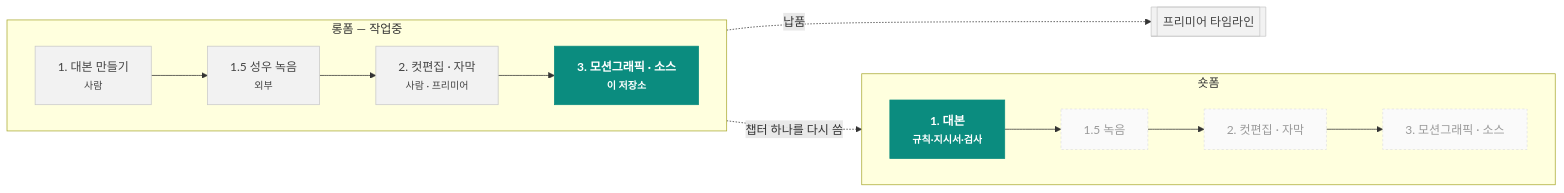
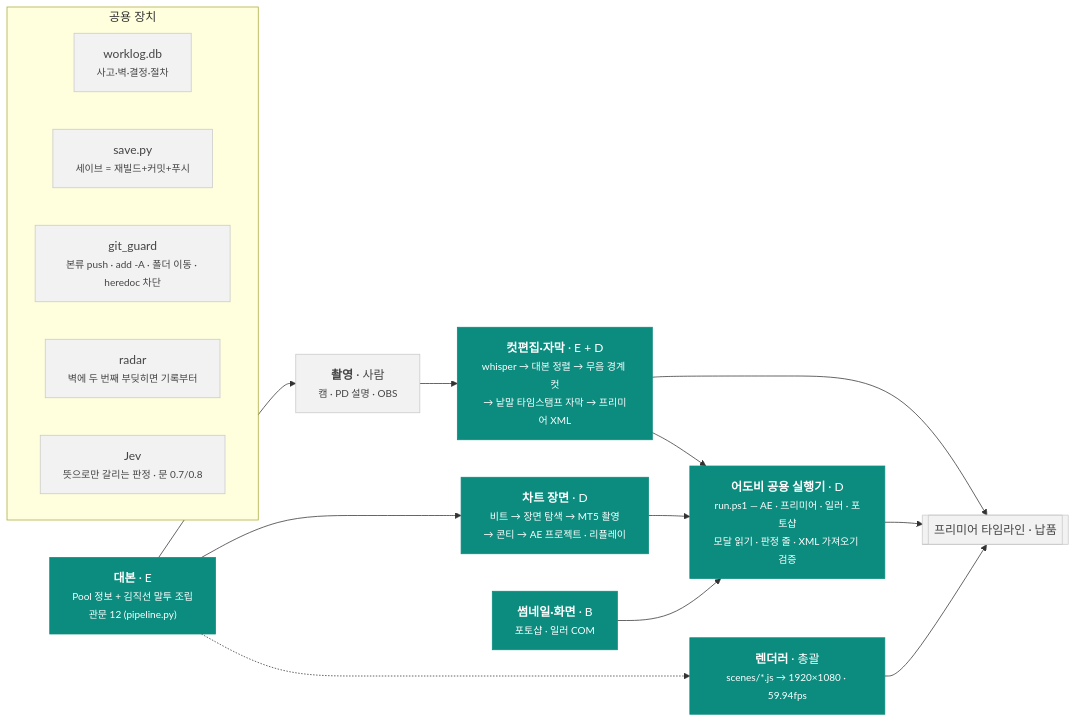
The diagram in README.md (boyjustin76/AC-Stock-), drawn with Mermaid before and after one commit. The commit also changed other lines of this file and 6 other files, not shown here.

Commit message:
세이브 save/2026-10-03-1714 — README·CLAUDE.md 전면 개정 — 세션 넷 체계 첫 화면(지금·누가·어떻게·뚫은 벽·장치), pipeline_stage·workflow 9·session 갱신, clone unshallow(커밋 629)

````diff
--- a/README.md
+++ b/README.md
@@ -16,24 +44,28 @@
 ```mermaid
 flowchart LR
-  subgraph L ["롱폼 — 작업중"]
+  S["<b>대본</b> · E<br/><small>Pool 정보 + 김직선 말투 조립<br/>관문 12 (pipeline.py)</small>"]
+  R["<b>촬영</b> · 사람<br/><small>캠 · PD 설명 · OBS</small>"]
+  C["<b>컷편집·자막</b> · E + D<br/><small>whisper → 대본 정렬 → 무음 경계 컷<br/>→ 낱말 타임스탬프 자막 → 프리미어 XML</small>"]
+  M["<b>차트 장면</b> · D<br/><small>비트 → 장면 탐색 → MT5 촬영<br/>→ 콘티 → AE 프로젝트 · 리플레이</small>"]
+  V["<b>렌더러</b> · 총괄<br/><small>scenes/*.js → 1920×1080 · 59.94fps</small>"]
+  T["<b>썸네일·화면</b> · B<br/><small>포토샵 · 일러 COM</small>"]
+  A["<b>어도비 공용 실행기</b> · D<br/><small>run.ps1 — AE · 프리미어 · 일러 · 포토샵<br/>모달 읽기 · 판정 줄 · XML 가져오기 검증</small>"]
+  P[["프리미어 타임라인 · 납품"]]
+  S --> R --> C --> P
+  S --> M --> A --> P
+  S -.-> V --> P
+  T --> A
+  C --> A
+  subgraph G ["공용 장치"]
     direction LR
-    L1["1. 대본 만들기<br/><small>사람</small>"]
-    L15["1.5 성우 녹음<br/><small>외부</small>"]
-    L2["2. 컷편집 · 자막<br/><small>사람 · 프리미어</small>"]
-    L3["<b>3. 모션그래픽 · 소스</b><br/><small>이 저장소</small>"]
-    L1 --> L15 --> L2 --> L3
+    G1["worklog.db<br/><small>사고·벽·결정·절차</small>"]
+    G2["save.py<br/><small>세이브 = 재빌드+커밋+푸시</small>"]
+    G3["git_guard<br/><small>본류 push · add -A · 폴더 이동 · heredoc 차단</small>"]
+    G4["radar<br/><small>벽에 두 번째 부딪히면 기록부터</small>"]
+    G5["Jev<br/><small>뜻으로만 갈리는 판정 · 문 0.7/0.8</small>"]
   end
-  subgraph S ["숏폼"]
-    direction LR
-    S1["<b>1. 대본</b><br/><small>규칙·지시서·검사</small>"]
-    S1 --> S15["1.5 녹음"] --> S2["2. 컷편집 · 자막"] --> S3["3. 모션그래픽 · 소스"]
-  end
-  L1 -.->|챕터 하나를 다시 씀| S1
-  L3 -.->|납품| P[[프리미어 타임라인]]
-  classDef here fill:#0B8C7F,stroke:#0B8C7F,color:#fff,font-weight:bold
-  classDef human fill:#F2F2F2,stroke:#C9C9C9,color:#444
-  classDef idle fill:#FAFAFA,stroke:#E2E2E2,color:#9A9A9A,stroke-dasharray:3 3
-  class L3,S1 here
-  class L1,L15,L2,P human
-  class S15,S2,S3 idle
+  classDef e fill:#0B8C7F,stroke:#0B8C7F,color:#fff
+  classDef g fill:#F2F2F2,stroke:#C9C9C9,color:#444
+  class S,C,M,V,T,A e
+  class R,P,G1,G2,G3,G4,G5 g
 ```
````
